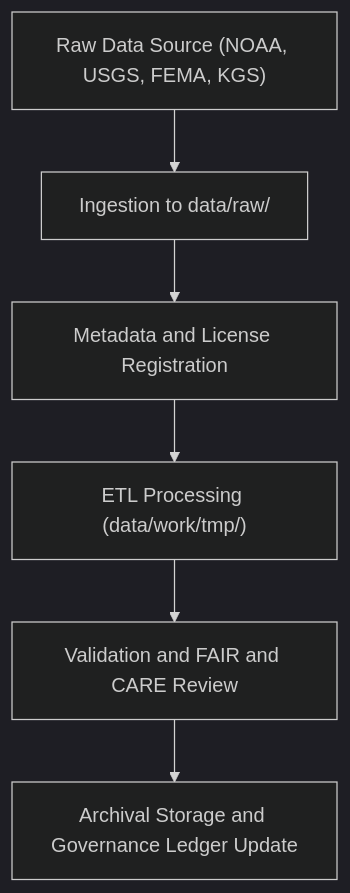
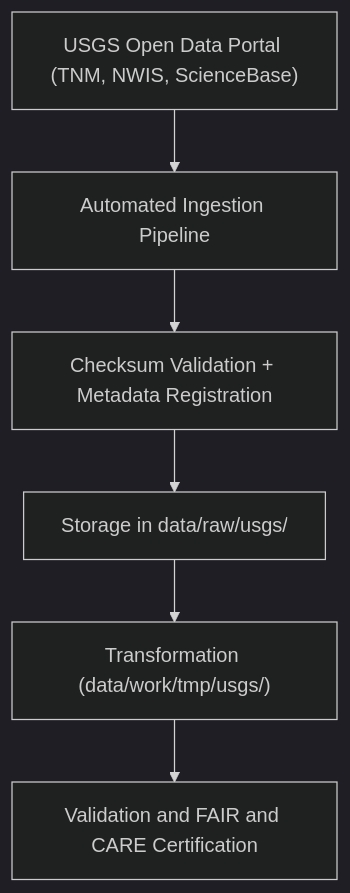
The diagram in data/raw/usgs/README.md (bartytime4life/Kansas-Frontier-Matrix), drawn with Mermaid (dark theme) before and after one commit. The commit also changed other lines of this file, not shown here.

First line of the commit message:
Revise README for USGS Raw Data Repository

````diff
--- a/data/raw/usgs/README.md
+++ b/data/raw/usgs/README.md
@@ -78,8 +79,8 @@
 ```mermaid
 flowchart TD
-    A["Raw Data Source (NOAA, USGS, FEMA, KGS)"] --> B["Ingestion to data/raw/"]
-    B --> C["Metadata and License Registration"]
-    C --> D["ETL Processing (data/work/tmp/)"]
-    D --> E["Validation and FAIR and CARE Review"]
-    E --> F["Archival Storage and Governance Ledger Update"]
+    A["USGS Open Data Portal (TNM, NWIS, ScienceBase)"] --> B["Automated Ingestion Pipeline"]
+    B --> C["Checksum Validation + Metadata Registration"]
+    C --> D["Storage in data/raw/usgs/"]
+    D --> E["Transformation (data/work/tmp/usgs/)"]
+    E --> F["Validation and FAIR and CARE Certification"]
 ```
````
